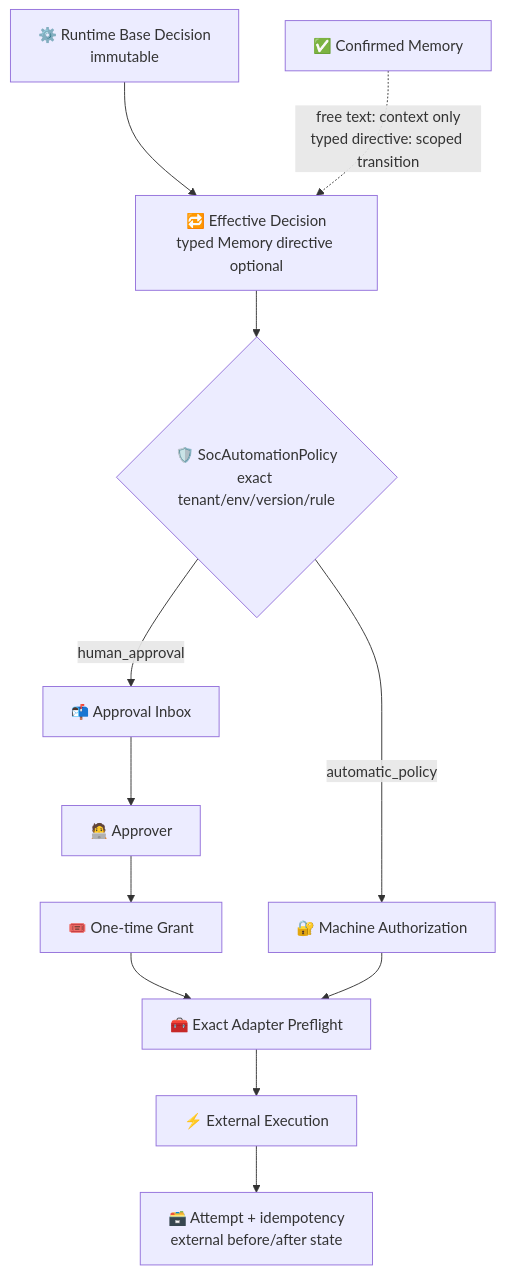
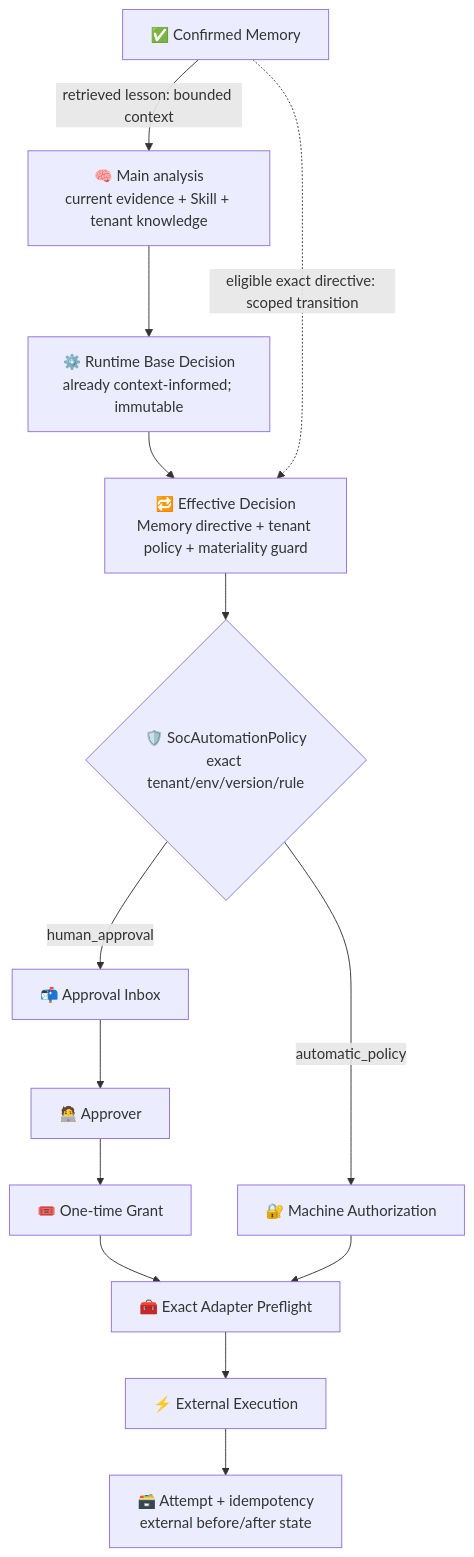
Before and after one commit to yydspanda/deer-flow: diagram 11 of 18 in .notes/ai_soc/soc-agent-solution.md, drawn with Mermaid. The commit also changed other lines of this file and 42 other files, not shown here.

````diff
--- a/.notes/ai_soc/soc-agent-solution.md
+++ b/.notes/ai_soc/soc-agent-solution.md
@@ -1379,14 +1432,16 @@
 ```mermaid
 flowchart TD
-    R["⚙️ Runtime Base Decision<br/>immutable"] --> E["🔁 Effective Decision<br/>typed Memory directive optional"]
-    M["✅ Confirmed Memory"] -. "free text: context only<br/>typed directive: scoped transition" .-> E
+    M["✅ Confirmed Memory"] -->|"retrieved lesson: bounded context"| L["🧠 Main analysis<br/>current evidence + Skill + tenant knowledge"]
+    L --> R["⚙️ Runtime Base Decision<br/>already context-informed; immutable"]
+    R --> E["🔁 Effective Decision<br/>Memory directive + tenant policy + materiality guard"]
+    M -. "eligible exact directive: scoped transition" .-> E
     E --> P{"🛡️ SocAutomationPolicy<br/>exact tenant/env/version/rule"}
     P -->|"human_approval"| A["📬 Approval Inbox"]
     A --> H["🧑‍💻 Approver"]
     H --> G["🎟️ One-time Grant"]
     P -->|"automatic_policy"| U["🔐 Machine Authorization"]
     G --> X["🧰 Exact Adapter Preflight"]
     U --> X
     X --> Y["⚡ External Execution"]
     Y --> Z["🗃️ Attempt + idempotency<br/>external before/after state"]
 ```
````
